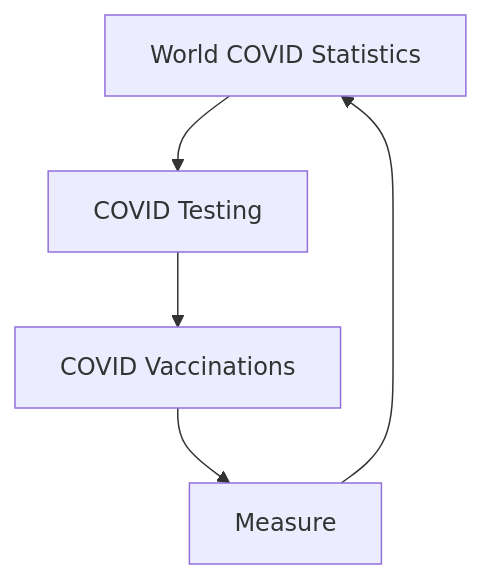
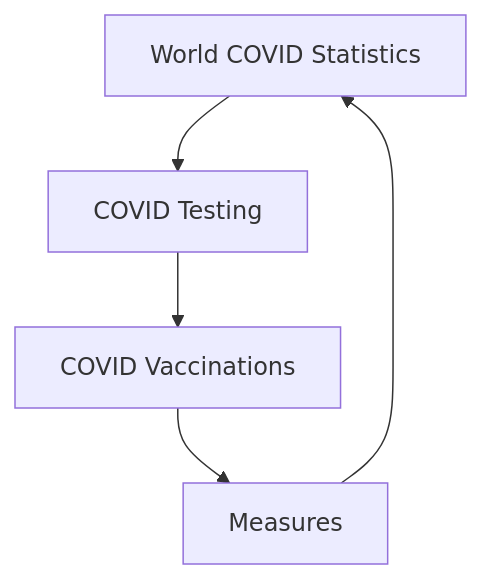
The diagram in README (1).md (ganesh-malondkar/Excel---World-Covid-Statistics-Dashboard), drawn with Mermaid before and after one commit.

Commit message:
Update README (1).md

````diff
--- a/README (1).md
+++ b/README (1).md
@@ -22,7 +22,7 @@
 ```mermaid
 flowchart TD
     A[World COVID Statistics] --> B[COVID Testing];
     B[COVID Testing] --> C[COVID Vaccinations];
     C[COVID Vaccinations] --> D[Measure];
-    D[Measure] --> A[World COVID Statistics]
+    D[Measures] --> A[World COVID Statistics]
 ```
````
